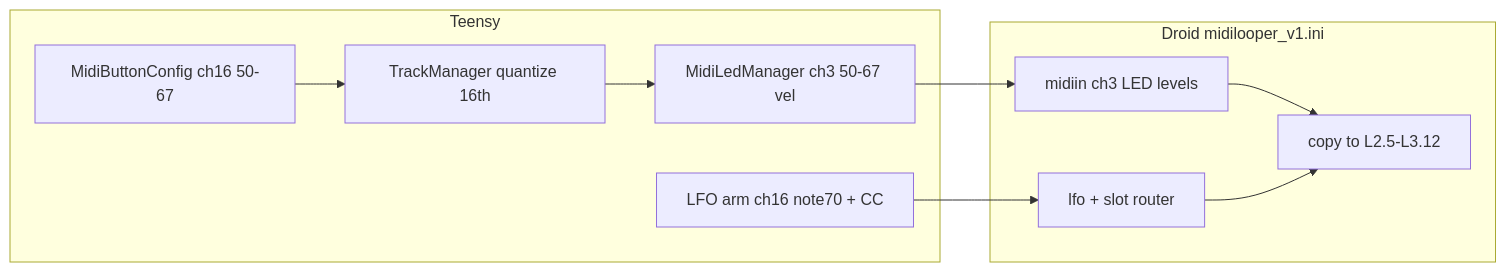
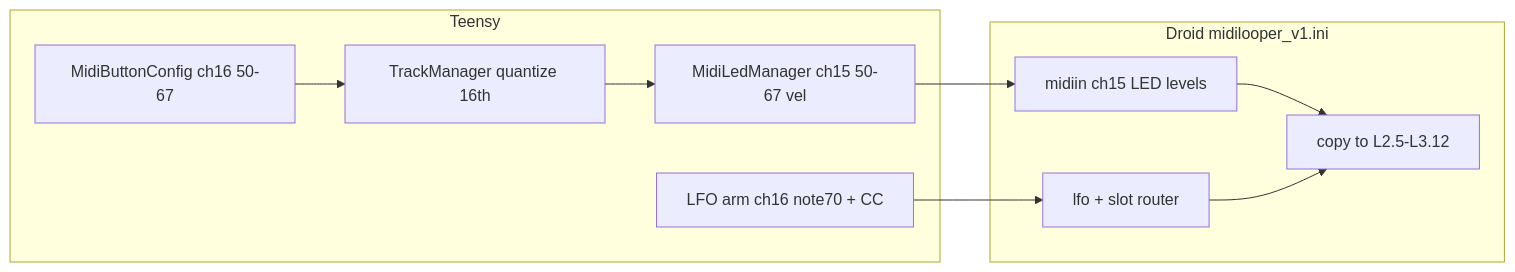
The diagram in plans/multi-loop_leds_and_droid_lfo_3a62f325.plan.md (Lytrix/MidiLooper), drawn with Mermaid before and after one commit. The commit also changed other lines of this file and 10 other files, not shown here.

````diff
--- a/plans/multi-loop_leds_and_droid_lfo_3a62f325.plan.md
+++ b/plans/multi-loop_leds_and_droid_lfo_3a62f325.plan.md
@@ -246,19 +273,19 @@
 ```mermaid
 flowchart LR
   subgraph teensy [Teensy]
     MB[MidiButtonConfig ch16 50-67]
     TM[TrackManager quantize 16th]
-    ML[MidiLedManager ch3 50-67 vel]
+    ML[MidiLedManager ch15 50-67 vel]
     ARM[LFO arm ch16 note70 + CC]
   end
   subgraph droid [Droid midilooper_v1.ini]
-    IN[midiin ch3 LED levels]
+    IN[midiin ch15 LED levels]
     CP[copy to L2.5-L3.12]
     LFO[lfo + slot router]
   end
   MB --> TM
   TM --> ML
   ML --> IN --> CP
   ARM --> LFO
   LFO --> CP
 ```
````
